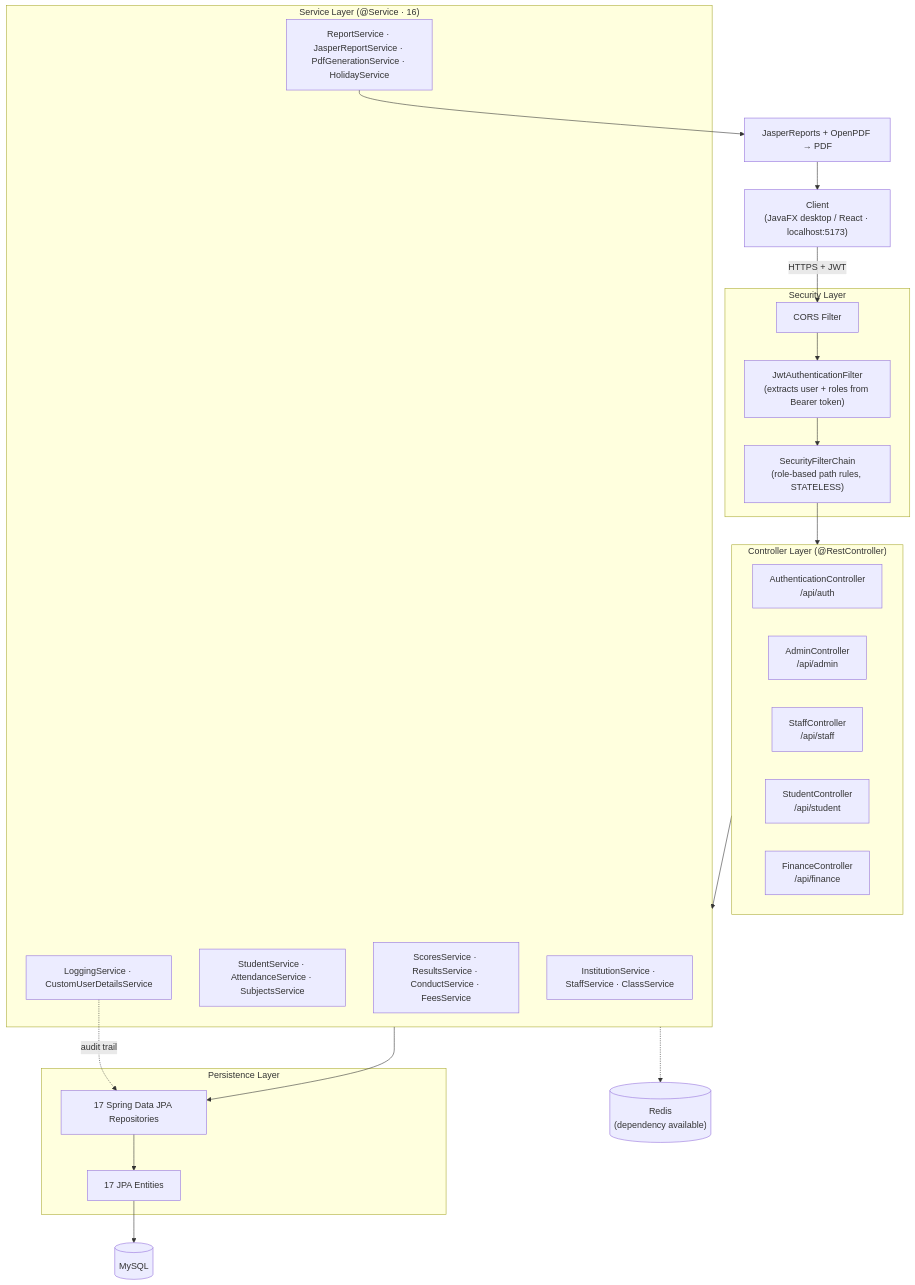
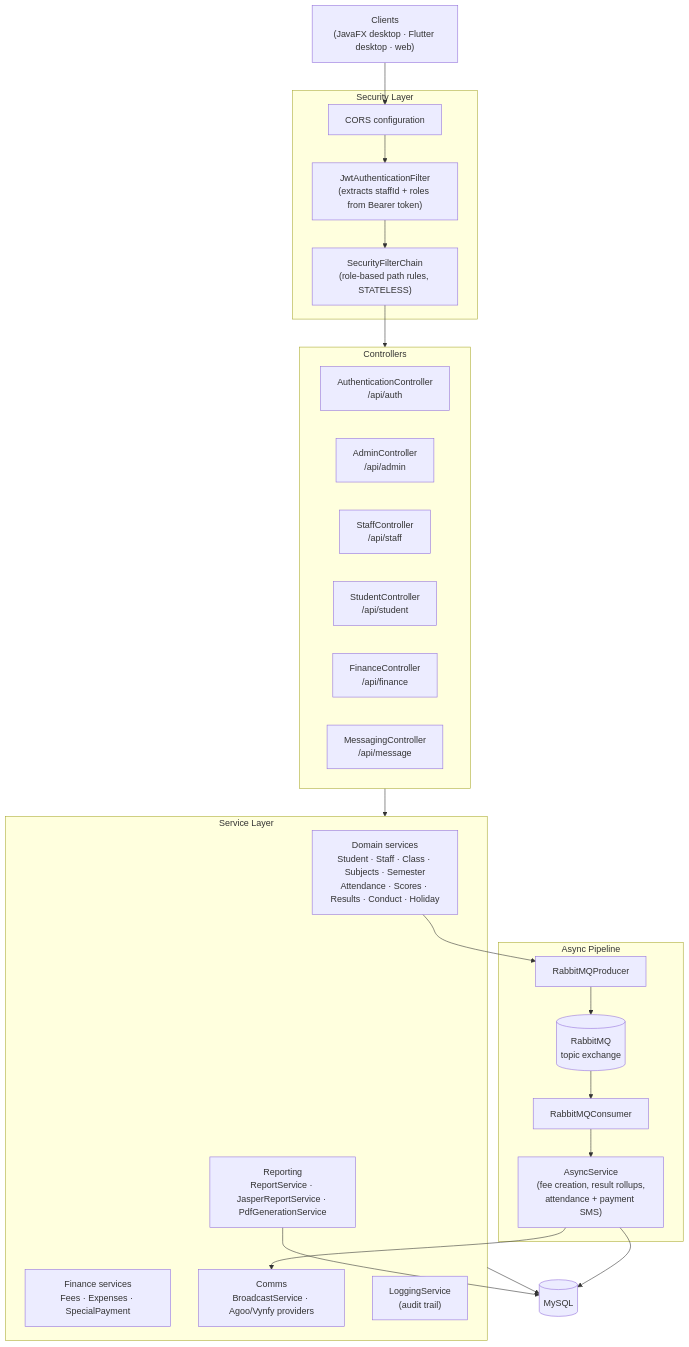
One commit to Benney-Walker/SchoolManagementSystem changed the first of 3 diagrams in README.md. Above: the diagram before and after it, drawn with Mermaid. The commit also changed other lines of this file, not shown here.

````diff
--- a/README.md
+++ b/README.md
@@ -31,42 +30,43 @@
 ```mermaid
 flowchart TB
-    Client["Client<br/>(JavaFX desktop / React · localhost:5173)"]
+    Client["Clients<br/>(JavaFX desktop · Flutter desktop · web)"]
 
     subgraph Security["Security Layer"]
-        CORS["CORS Filter"]
-        JWT["JwtAuthenticationFilter<br/>(extracts user + roles from Bearer token)"]
+        CORS["CORS configuration"]
+        JWT["JwtAuthenticationFilter<br/>(extracts staffId + roles from Bearer token)"]
         FC["SecurityFilterChain<br/>(role-based path rules, STATELESS)"]
     end
 
-    subgraph Controllers["Controller Layer (@RestController)"]
-        Auth["AuthenticationController<br/>/api/auth"]
-        Admin["AdminController<br/>/api/admin"]
-        Staff["StaffController<br/>/api/staff"]
-        Student["StudentController<br/>/api/student"]
-        Finance["FinanceController<br/>/api/finance"]
+    subgraph Web["Controllers"]
+        AUTH["AuthenticationController<br/>/api/auth"]
+        ADMIN["AdminController<br/>/api/admin"]
+        STAFF["StaffController<br/>/api/staff"]
+        STUD["StudentController<br/>/api/student"]
+        FIN["FinanceController<br/>/api/finance"]
+        MSG["MessagingController<br/>/api/message"]
     end
 
-    subgraph Services["Service Layer (@Service · 16)"]
-        SvcA["InstitutionService · StaffService · ClassService"]
-        SvcB["StudentService · AttendanceService · SubjectsService"]
-        SvcC["ScoresService · ResultsService · ConductService · FeesService"]
-        SvcD["ReportService · JasperReportService · PdfGenerationService · HolidayService"]
-        SvcE["LoggingService · CustomUserDetailsService"]
+    subgraph Services["Service Layer"]
+        CORE["Domain services<br/>Student · Staff · Class · Subjects · Semester<br/>Attendance · Scores · Results · Conduct · Holiday"]
+        MONEY["Finance services<br/>Fees · Expenses · SpecialPayment"]
+        REPORT["Reporting<br/>ReportService · JasperReportService · PdfGenerationService"]
+        COMMS["Comms<br/>BroadcastService · Agoo/Vynfy providers"]
+        LOG["LoggingService<br/>(audit trail)"]
     end
 
-    subgraph Data["Persistence Layer"]
-        Repos["17 Spring Data JPA Repositories"]
-        Entities["17 JPA Entities"]
+    subgraph Async["Async Pipeline"]
+        PROD["RabbitMQProducer"]
+        MQ[("RabbitMQ<br/>topic exchange")]
+        CONS["RabbitMQConsumer"]
+        ASYNC["AsyncService<br/>(fee creation, result rollups,<br/>attendance + payment SMS)"]
     end
 
     DB[("MySQL")]
-    Redis[("Redis<br/>(dependency available)")]
-    PDF["JasperReports + OpenPDF → PDF"]
 
-    Client -->|HTTPS + JWT| CORS --> JWT --> FC --> Controllers
-    Controllers --> Services
-    Services --> Repos --> Entities --> DB
-    Services -.-> Redis
-    SvcD --> PDF --> Client
-    SvcE -.->|audit trail| Repos
+    Client --> CORS --> JWT --> FC --> Web
+    Web --> Services
+    Services --> DB
+    CORE --> PROD --> MQ --> CONS --> ASYNC --> DB
+    ASYNC --> COMMS
+    REPORT --> DB
 ```
````
